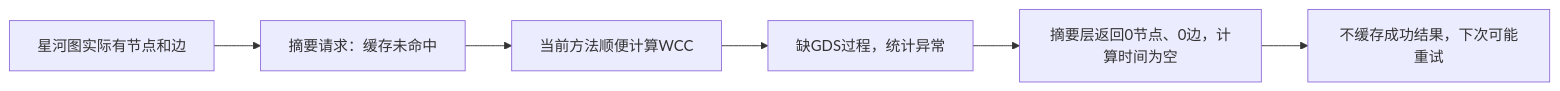
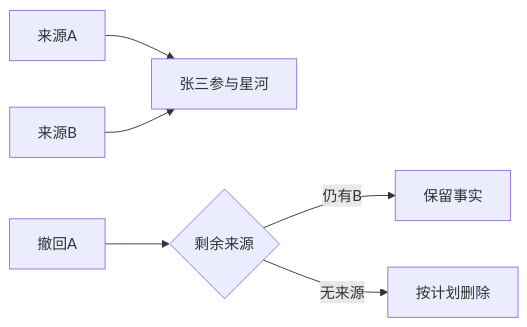
Diagram 17 of 35 in docs/cognee/graph-storage-postgres-analysis.md (stefanv5/memory-platform-architecture), drawn with Mermaid before and after one commit. The commit also changed other lines of this file, not shown here.

Commit message:
docs(cognee): clarify AGE changes and compare memory architectures

````diff
--- a/docs/cognee/graph-storage-postgres-analysis.md
+++ b/docs/cognee/graph-storage-postgres-analysis.md
@@ -347,8 +526,8 @@
 ```mermaid
 flowchart LR
-    A[星河图实际有节点和边] --> B[摘要请求：缓存未命中]
-    B --> C[当前方法顺便计算WCC]
-    C --> D[缺GDS过程，统计异常]
-    D --> E[摘要层返回0节点、0边，计算时间为空]
-    E --> F[不缓存成功结果，下次可能重试]
+    A[来源A] --> E[张三参与星河]
+    B[来源B] --> E
+    X[撤回A] --> C{剩余来源}
+    C -->|仍有B| K[保留事实]
+    C -->|无来源| D[按计划删除]
 ```
````
